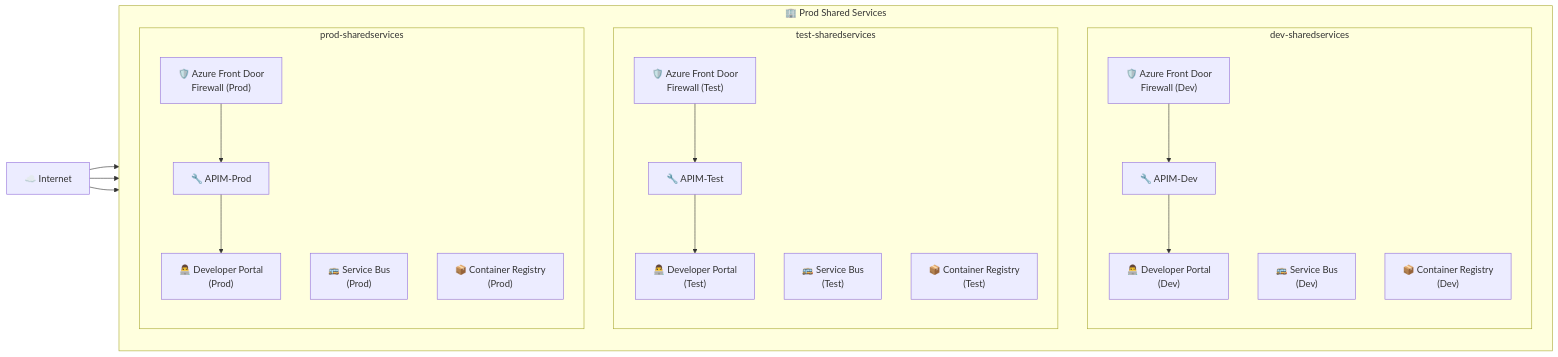
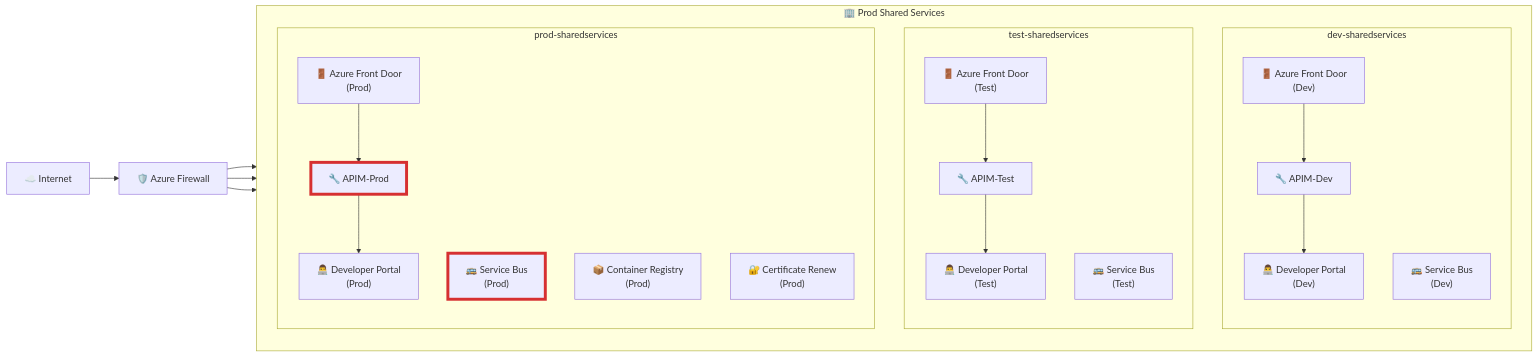
Before and after one commit to terchris/urbalurba-infrastructure: the second of 2 diagrams in doc/presentation/azure/integration-platform.md, drawn with Mermaid. The commit also changed other lines of this file and 77 other files, not shown here.

````diff
--- a/doc/presentation/azure/integration-platform.md
+++ b/doc/presentation/azure/integration-platform.md
@@ -51,46 +55,51 @@
 ```mermaid
 flowchart LR
     CLOUD["☁️ Internet"]
+    FIREWALL["🛡️ Azure Firewall"]
+    
+    classDef prodSecure stroke:#d63031,stroke-width:5px
     
     subgraph PSS["🏢 Prod Shared Services"]
         direction TB
         subgraph DEV["dev-sharedservices"]
             direction TB
-            FIREWALLDEV["🛡️ Azure Front Door<br/>Firewall (Dev)"]
+            FRONTDOORDEV["🚪 Azure Front Door<br/>(Dev)"]
             APIMDEV["🔧 APIM-Dev"]
             PORTALDEV["👨‍💻 Developer Portal<br/>(Dev)"]
             SERVICEBUSDEV["🚌 Service Bus<br/>(Dev)"]
-            REGISTRYDEV["📦 Container Registry<br/>(Dev)"]
         end
         
         subgraph TEST["test-sharedservices"]
             direction TB
-            FIREWALLTEST["🛡️ Azure Front Door<br/>Firewall (Test)"]
+            FRONTDOORTEST["🚪 Azure Front Door<br/>(Test)"]
             APIMTEST["🔧 APIM-Test"]
             PORTALTEST["👨‍💻 Developer Portal<br/>(Test)"]
             SERVICEBUSTEST["🚌 Service Bus<br/>(Test)"]
-            REGISTRYTEST["📦 Container Registry<br/>(Test)"]
         end
         
         subgraph PROD["prod-sharedservices"]
             direction TB
-            FIREWALLPROD["🛡️ Azure Front Door<br/>Firewall (Prod)"]
+            FRONTDOORPROD["🚪 Azure Front Door<br/>(Prod)"]
             APIMPROD["🔧 APIM-Prod"]
             PORTALPROD["👨‍💻 Developer Portal<br/>(Prod)"]
             SERVICEBUSPROD["🚌 Service Bus<br/>(Prod)"]
             REGISTRYPROD["📦 Container Registry<br/>(Prod)"]
+            CERTRENEWPROD["🔐 Certificate Renew<br/>(Prod)"]
         end
     end
     
-    CLOUD --> FIREWALLDEV
-    CLOUD --> FIREWALLTEST
-    CLOUD --> FIREWALLPROD
+    CLOUD --> FIREWALL
+    FIREWALL --> FRONTDOORDEV
+    FIREWALL --> FRONTDOORTEST
+    FIREWALL --> FRONTDOORPROD
     
-    FIREWALLDEV --> APIMDEV
-    FIREWALLTEST --> APIMTEST
-    FIREWALLPROD --> APIMPROD
+    FRONTDOORDEV --> APIMDEV
+    FRONTDOORTEST --> APIMTEST
+    FRONTDOORPROD --> APIMPROD
     
     APIMDEV --> PORTALDEV
     APIMTEST --> PORTALTEST
     APIMPROD --> PORTALPROD
+    
+    class SERVICEBUSPROD,APIMPROD prodSecure
 ```
````
